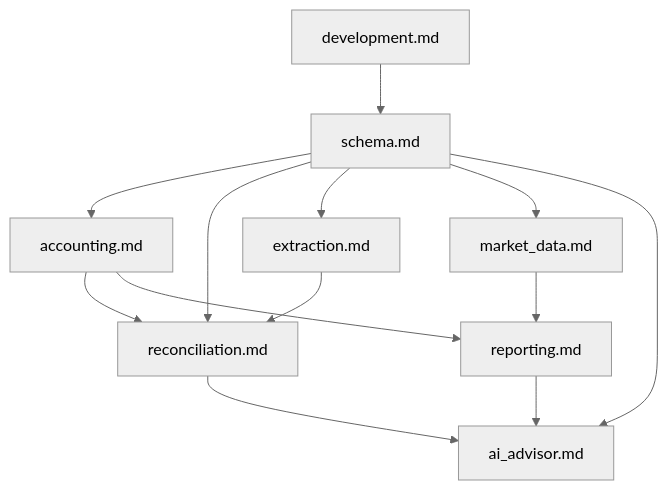
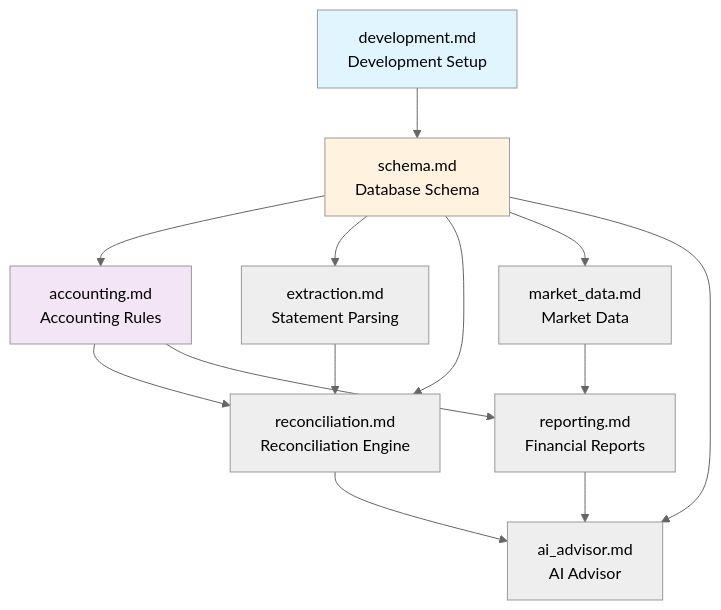
The diagram in docs/ssot/README.md (wangzitian0/finance_report), drawn with Mermaid (neutral theme) before and after one commit. The commit also changed other lines of this file and 4 other files, not shown here.

````diff
--- a/docs/ssot/README.md
+++ b/docs/ssot/README.md
@@ -23,16 +46,20 @@
 ```mermaid
 flowchart TD
-    development[development.md] --> schema[schema.md]
-    schema --> accounting[accounting.md]
-    schema --> reconciliation[reconciliation.md]
-    schema --> extraction[extraction.md]
-    schema --> market_data[market_data.md]
-    schema --> ai_advisor[ai_advisor.md]
+    development[development.md<br/>Development Setup] --> schema[schema.md<br/>Database Schema]
+    schema --> accounting[accounting.md<br/>Accounting Rules]
+    schema --> extraction[extraction.md<br/>Statement Parsing]
+    schema --> reconciliation[reconciliation.md<br/>Reconciliation Engine]
+    schema --> market_data[market_data.md<br/>Market Data]
+    schema --> ai_advisor[ai_advisor.md<br/>AI Advisor]
     
     extraction --> reconciliation
     accounting --> reconciliation
-    accounting --> reporting[reporting.md]
+    accounting --> reporting[reporting.md<br/>Financial Reports]
     market_data --> reporting
     reporting --> ai_advisor
     reconciliation --> ai_advisor
+    
+    style development fill:#e1f5ff
+    style schema fill:#fff3e0
+    style accounting fill:#f3e5f5
 ```
````
